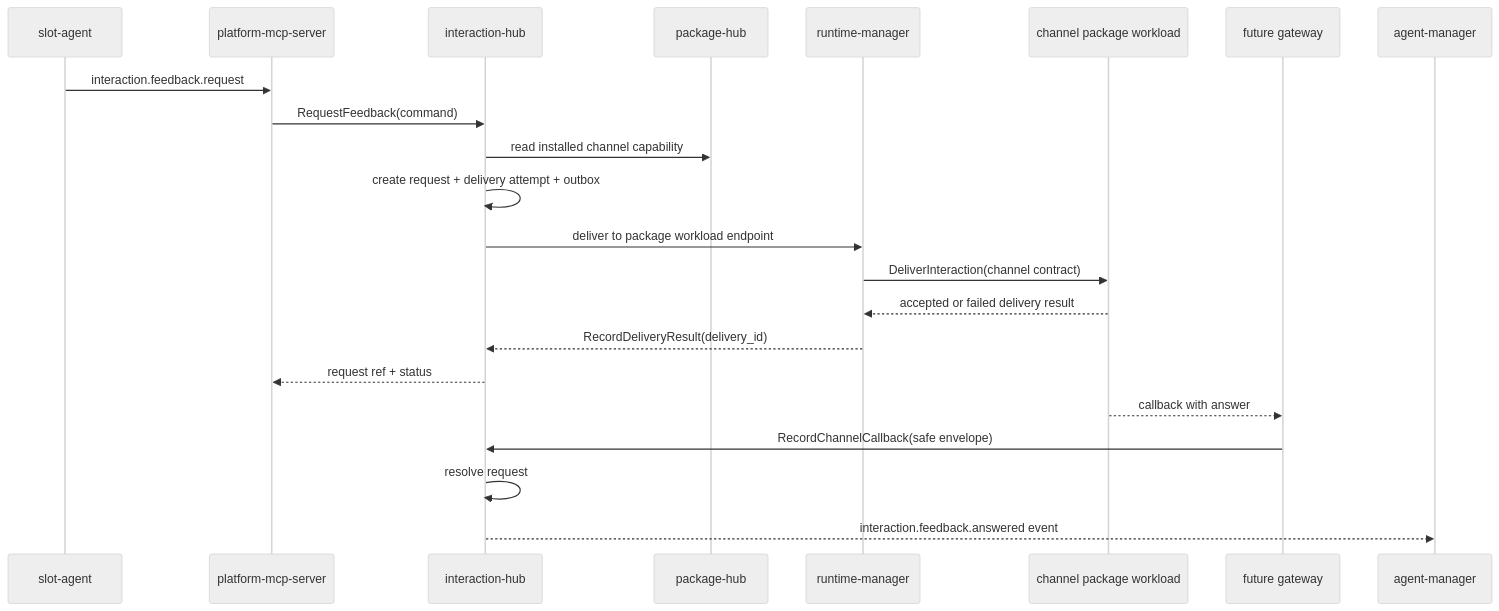
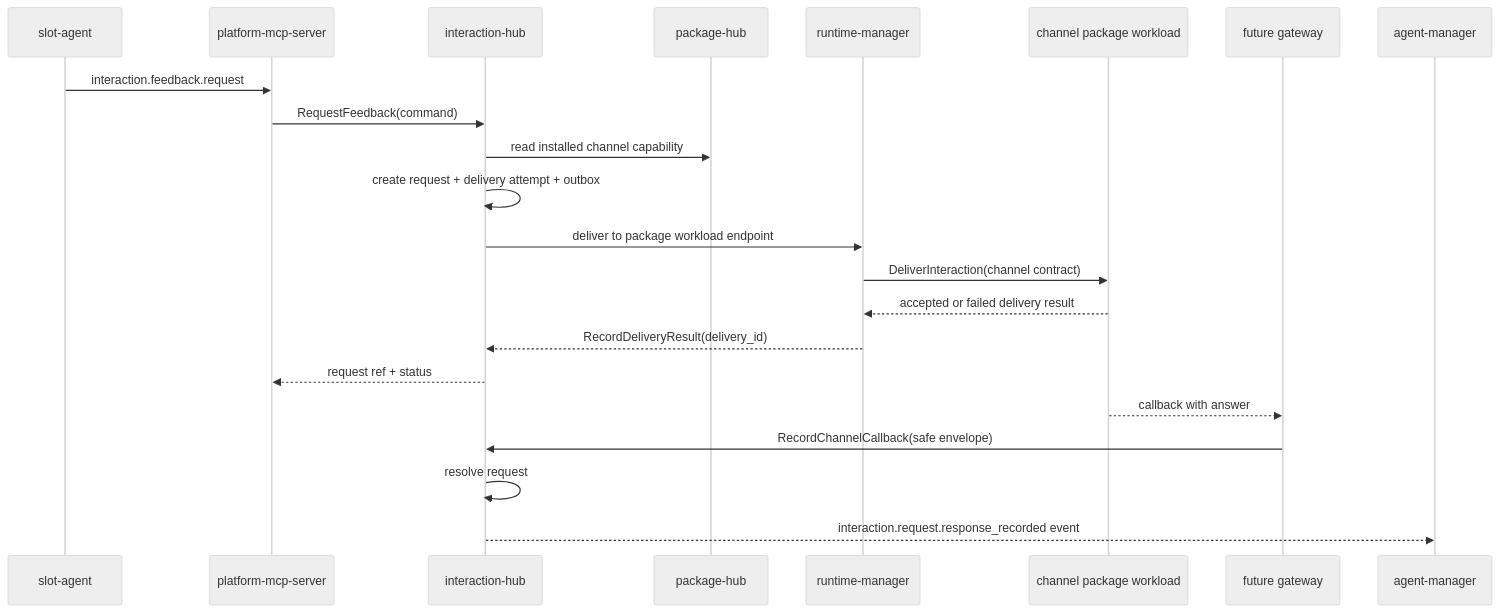
The first of 4 diagrams in docs/domains/interaction-hub/architecture/design.md (codex-k8s/kodex), drawn with Mermaid (neutral theme) before and after one commit. The commit also changed other lines of this file and 18 other files, not shown here.

````diff
--- a/docs/domains/interaction-hub/architecture/design.md
+++ b/docs/domains/interaction-hub/architecture/design.md
@@ -83,24 +83,24 @@
 ```mermaid
 sequenceDiagram
   participant Runner as slot-agent
   participant MCP as platform-mcp-server
   participant IH as interaction-hub
   participant PKG as package-hub
   participant R as runtime-manager
   participant CH as channel package workload
   participant GW as future gateway
   participant AM as agent-manager
   Runner->>MCP: interaction.feedback.request
   MCP->>IH: RequestFeedback(command)
   IH->>PKG: read installed channel capability
   IH->>IH: create request + delivery attempt + outbox
   IH->>R: deliver to package workload endpoint
   R->>CH: DeliverInteraction(channel contract)
   CH-->>R: accepted or failed delivery result
   R-->>IH: RecordDeliveryResult(delivery_id)
   IH-->>MCP: request ref + status
   CH-->>GW: callback with answer
   GW->>IH: RecordChannelCallback(safe envelope)
   IH->>IH: resolve request
-  IH-->>AM: interaction.feedback.answered event
+  IH-->>AM: interaction.request.response_recorded event
 ```
````
